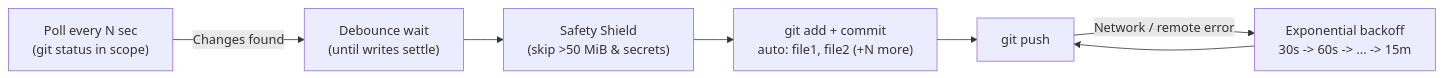
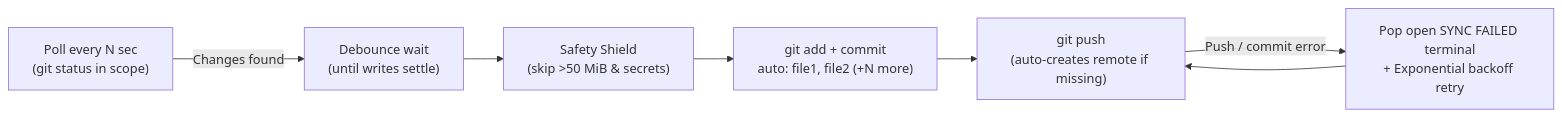
Before and after one commit to YusufKaya00/k8sfundamentals: the diagram in scripts/README.md, drawn with Mermaid. The commit also changed other lines of this file and 4 other files, not shown here.

````diff
--- a/scripts/README.md
+++ b/scripts/README.md
@@ -146,9 +159,9 @@
 ```mermaid
 flowchart LR
     A["Poll every N sec<br/>(git status in scope)"] -->|Changes found| B["Debounce wait<br/>(until writes settle)"]
     B --> C["Safety Shield<br/>(skip >50 MiB & secrets)"]
     C --> D["git add + commit<br/>auto: file1, file2 (+N more)"]
-    D --> E["git push"]
-    E -->|Network / remote error| F["Exponential backoff<br/>30s -> 60s -> ... -> 15m"]
+    D --> E["git push<br/>(auto-creates remote if missing)"]
+    E -->|Push / commit error| F["Pop open SYNC FAILED terminal<br/>+ Exponential backoff retry"]
     F --> E
 ```
````
